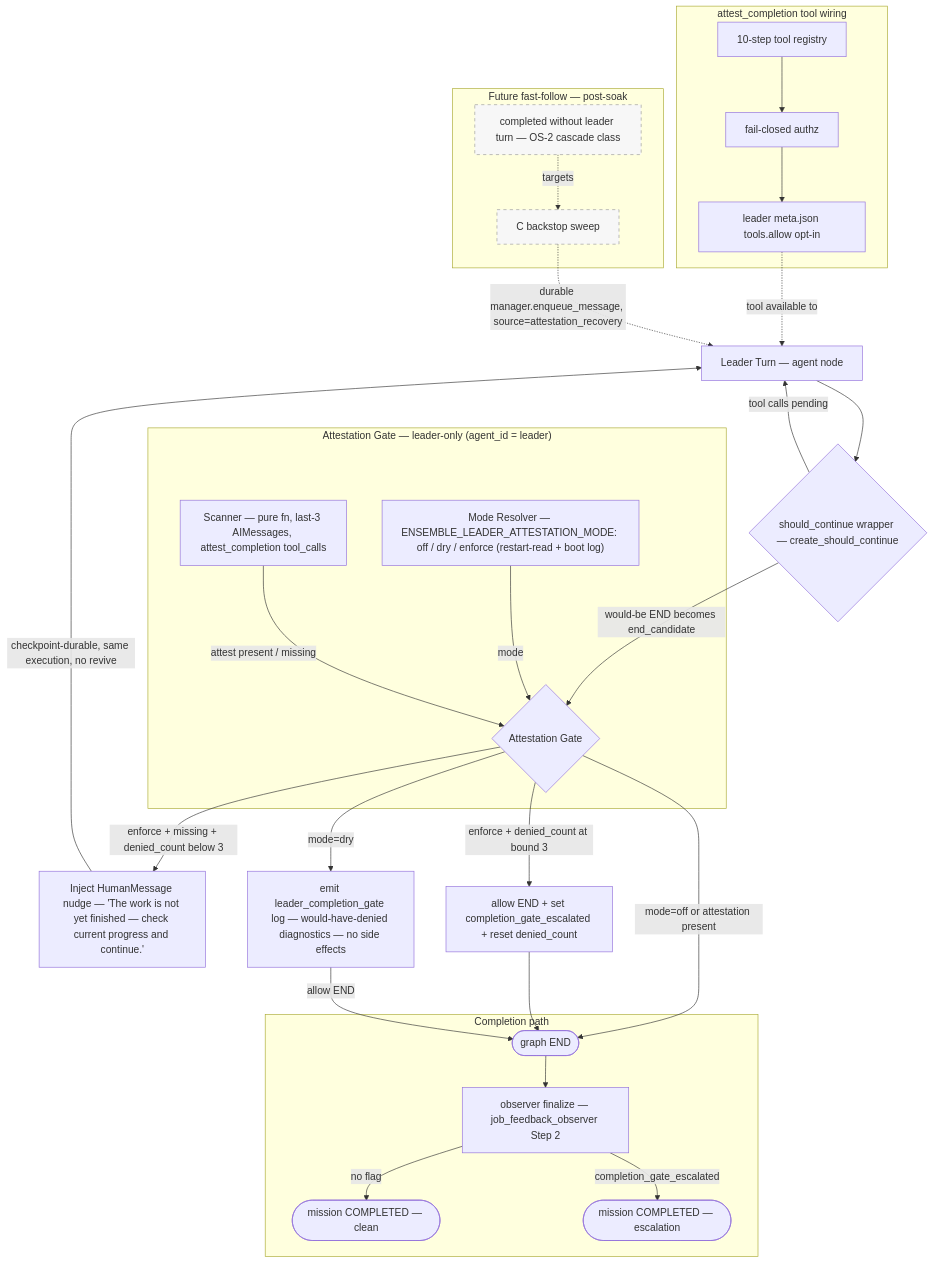
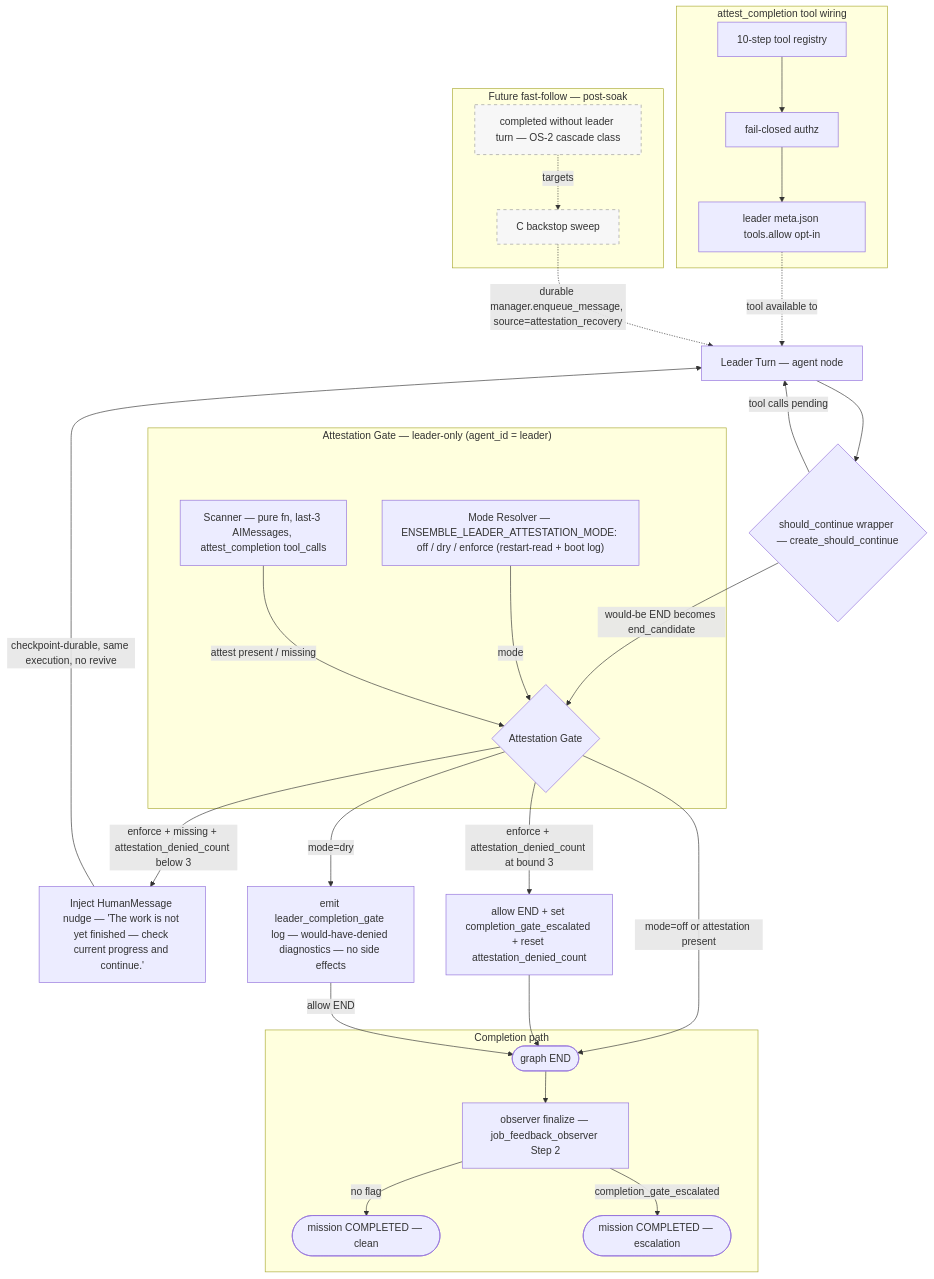
The diagram in .agents/shared/planning/leader-completion-attestation/architecture-recommendation.md (disillusioners/ensemble), drawn with Mermaid before and after one commit. The commit also changed other lines of this file and 11 other files, not shown here.

Commit message:
docs(plan): leader completion attestation — approver-fix sweep + residual pass (iteration 002 ready)

````diff
--- a/.agents/shared/planning/leader-completion-attestation/architecture-recommendation.md
+++ b/.agents/shared/planning/leader-completion-attestation/architecture-recommendation.md
@@ -76,62 +76,62 @@
 ```mermaid
 flowchart TD
     %% Tool wiring side-channel
     subgraph SGTool["attest_completion tool wiring"]
         ToolReg["10-step tool registry"]
         Authz["fail-closed authz"]
         MetaAllow["leader meta.json tools.allow opt-in"]
         ToolReg --> Authz --> MetaAllow
     end
 
     MetaAllow -.->|"tool available to"| AgentNode
 
     %% Main graph spine
     AgentNode["Leader Turn — agent node"]
     SC{"should_continue wrapper — create_should_continue"}
     AgentNode --> SC
     SC -->|"tool calls pending"| AgentNode
     SC -->|"would-be END becomes end_candidate"| Gate
 
     subgraph SGGate["Attestation Gate — leader-only (agent_id = leader)"]
         Gate{"Attestation Gate"}
         ModeResolver["Mode Resolver — ENSEMBLE_LEADER_ATTESTATION_MODE: off / dry / enforce (restart-read + boot log)"]
         Scanner["Scanner — pure fn, last-3 AIMessages, attest_completion tool_calls"]
         ModeResolver -->|"mode"| Gate
         Scanner -->|"attest present / missing"| Gate
     end
 
     %% Gate outcomes
     Nudge["Inject HumanMessage nudge — 'The work is not yet finished — check current progress and continue.'"]
-    EscFlag["allow END + set completion_gate_escalated + reset denied_count"]
+    EscFlag["allow END + set completion_gate_escalated + reset attestation_denied_count"]
     DryLog["emit leader_completion_gate log — would-have-denied diagnostics — no side effects"]
 
     Gate -->|"mode=off or attestation present"| GraphEnd
-    Gate -->|"enforce + missing + denied_count below 3"| Nudge
+    Gate -->|"enforce + missing + attestation_denied_count below 3"| Nudge
     Nudge -->|"checkpoint-durable, same execution, no revive"| AgentNode
-    Gate -->|"enforce + denied_count at bound 3"| EscFlag
+    Gate -->|"enforce + attestation_denied_count at bound 3"| EscFlag
     EscFlag --> GraphEnd
     Gate -->|"mode=dry"| DryLog
     DryLog -->|"allow END"| GraphEnd
 
     subgraph SGComplete["Completion path"]
         GraphEnd(["graph END"])
         Observer["observer finalize — job_feedback_observer Step 2"]
         CleanDone(["mission COMPLETED — clean"])
         EscalatedDone(["mission COMPLETED — escalation"])
         GraphEnd --> Observer
         Observer -->|"no flag"| CleanDone
         Observer -->|"completion_gate_escalated"| EscalatedDone
     end
 
     %% Future fast-follow (dashed)
     subgraph SGFuture["Future fast-follow — post-soak"]
         OS2["completed without leader turn — OS-2 cascade class"]
         Backstop["C backstop sweep"]
     end
 
     OS2 -.->|"targets"| Backstop
     Backstop -.->|"durable manager.enqueue_message, source=attestation_recovery"| AgentNode
 
     classDef futureNode fill:#f7f7f7,stroke:#999,stroke-dasharray: 5 5
     class OS2,Backstop futureNode
 ```
````
